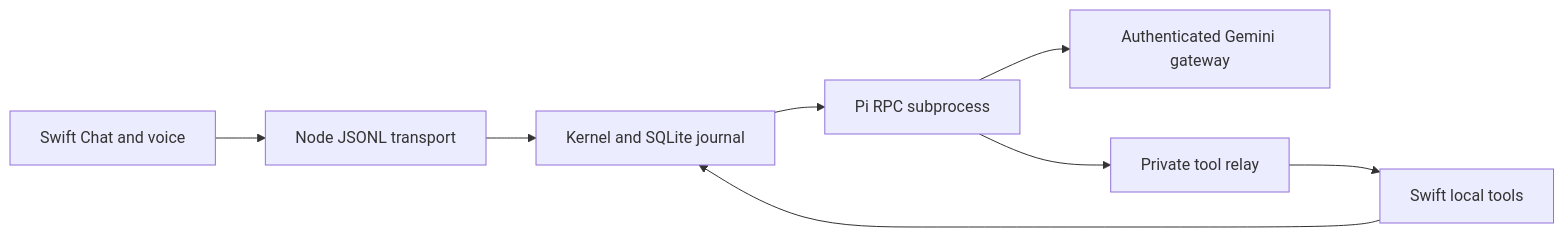
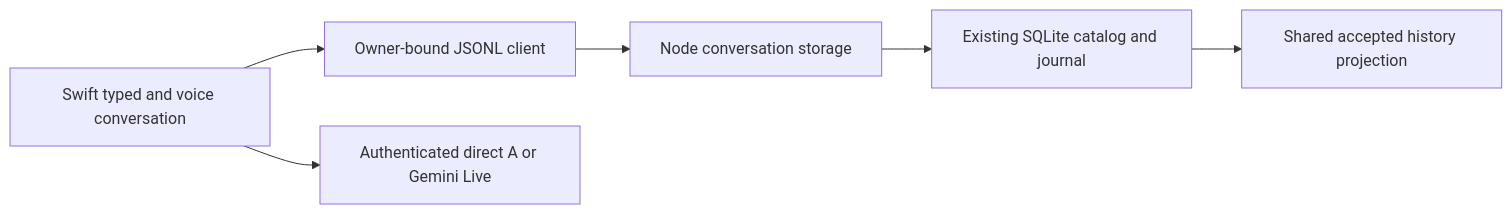
The diagram in openwiki/codebase/architecture/desktop-agent.md (sruj75/knowledge-athlete), drawn with Mermaid before and after one commit. The commit also changed other lines of this file and 637 other files, not shown here.

````diff
--- a/openwiki/codebase/architecture/desktop-agent.md
+++ b/openwiki/codebase/architecture/desktop-agent.md
@@ -31,10 +27,8 @@
 ```mermaid
 flowchart LR
-  Home[Swift Chat and voice] --> Transport[Node JSONL transport]
-  Transport --> Kernel[Kernel and SQLite journal]
-  Kernel --> Pi[Pi RPC subprocess]
-  Pi --> Gateway[Authenticated Gemini gateway]
-  Pi --> Relay[Private tool relay]
-  Relay --> Swift[Swift local tools]
-  Swift --> Kernel
+  UI[Swift typed and voice conversation] --> Bridge[Owner-bound JSONL client]
+  Bridge --> Store[Node conversation storage]
+  Store --> DB[Existing SQLite catalog and journal]
+  DB --> Projection[Shared accepted history projection]
+  UI --> Compute[Authenticated direct A or Gemini Live]
 ```
````
